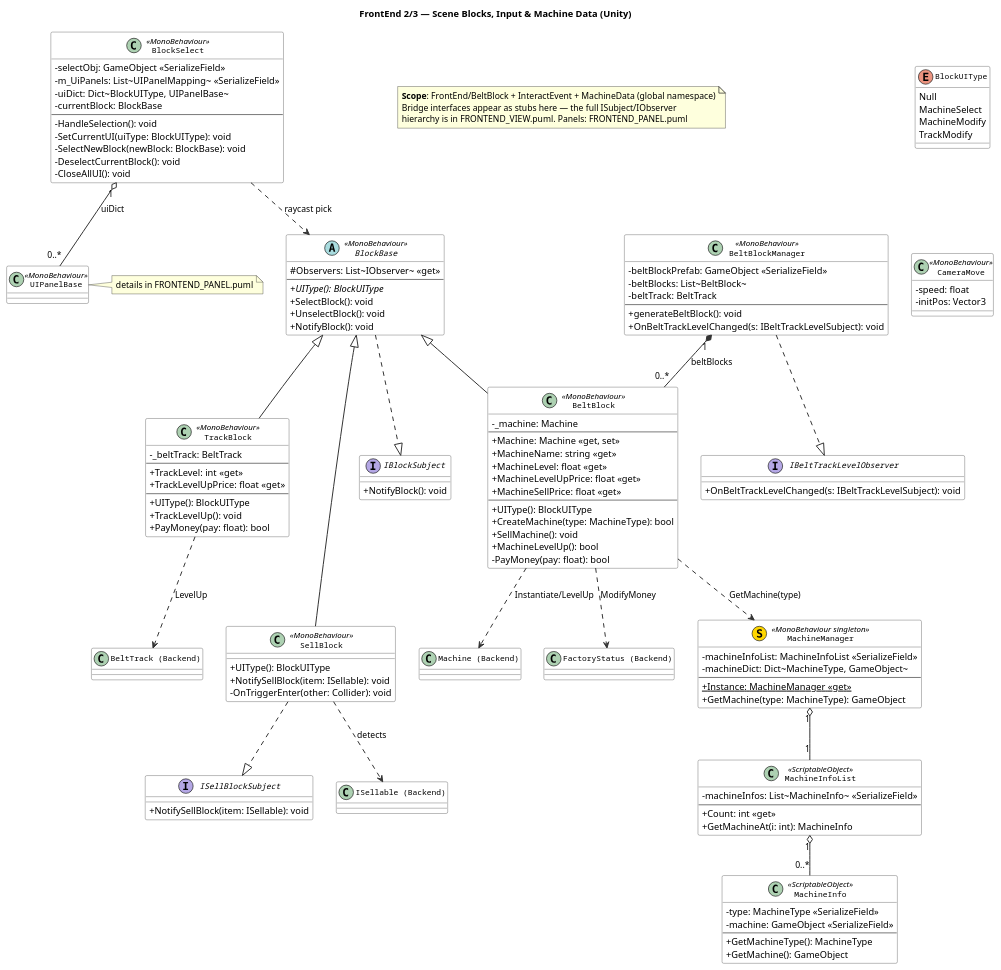
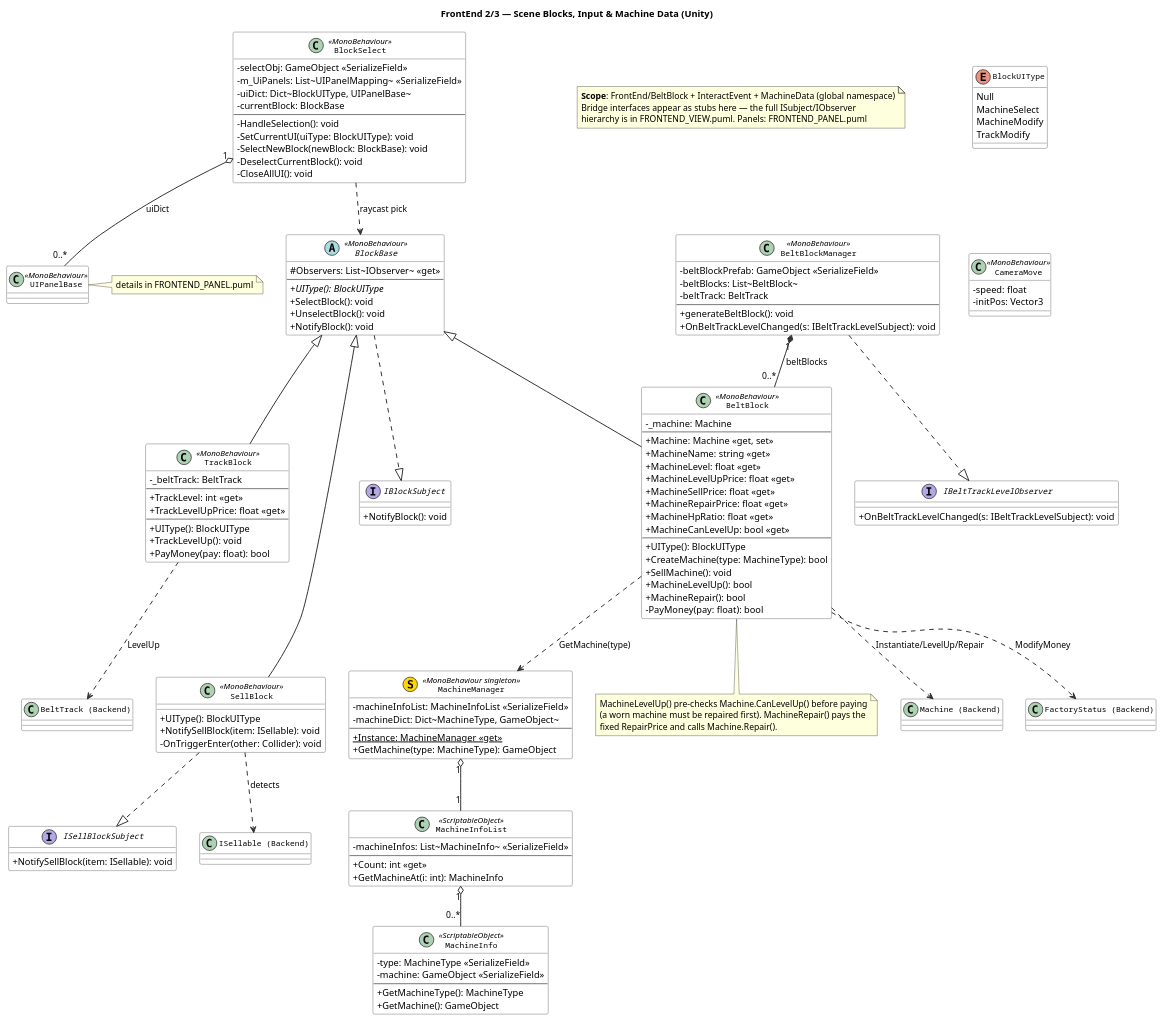
One commit to dotori235/OOPS-Project changed the diagram in Assets/Scripts/FRONTEND_BLOCK.puml. Above: the diagram before and after it, drawn with PlantUML. The commit also changed 11 other files, not shown here.

First line of the commit message:
feat(frontend): wire machine repair button and HP gauge

```diff
--- a/Assets/Scripts/FRONTEND_BLOCK.puml
+++ b/Assets/Scripts/FRONTEND_BLOCK.puml
@@ -1,176 +1,186 @@
 @startuml FRONTEND_BLOCK
 
 skinparam classAttributeIconSize 0
 skinparam classFontName Courier
 skinparam classFontSize 12
 skinparam classHeaderBackgroundColor #D8E8F0
 skinparam classBorderColor #333333
 skinparam classBackgroundColor #FFFFFF
 skinparam interfaceBackgroundColor #E8F4E8
 skinparam interfaceBorderColor #336633
 skinparam arrowColor #333333
 skinparam arrowThickness 1.5
 
 title FrontEnd 2/3 — Scene Blocks, Input & Machine Data (Unity)
 
 note as N1
   <b>Scope</b>: FrontEnd/BeltBlock + InteractEvent + MachineData (global namespace)
   Bridge interfaces appear as stubs here — the full ISubject/IObserver
   hierarchy is in FRONTEND_VIEW.puml. Panels: FRONTEND_PANEL.puml
 end note
 
 ' ══════════════════════════════════════════════
 ' Bridge interface stubs (full hierarchy: FRONTEND_VIEW.puml)
 ' ══════════════════════════════════════════════
 
 interface IBlockSubject {
   +NotifyBlock(): void
 }
 interface ISellBlockSubject {
   +NotifySellBlock(item: ISellable): void
 }
 interface IBeltTrackLevelObserver {
   +OnBeltTrackLevelChanged(s: IBeltTrackLevelSubject): void
 }
 
 ' ══════════════════════════════════════════════
 ' BLOCK system (selectable blocks in the scene)
 ' ══════════════════════════════════════════════
 
 abstract class BlockBase << MonoBehaviour >> {
   #Observers: List~IObserver~ <<get>>
   --
   +{abstract} UIType(): BlockUIType
   +SelectBlock(): void
   +UnselectBlock(): void
   +NotifyBlock(): void
 }
 
 class BeltBlock << MonoBehaviour >> {
   -_machine: Machine
   --
   +Machine: Machine <<get, set>>
   +MachineName: string <<get>>
   +MachineLevel: float <<get>>
   +MachineLevelUpPrice: float <<get>>
   +MachineSellPrice: float <<get>>
+  +MachineRepairPrice: float <<get>>
+  +MachineHpRatio: float <<get>>
+  +MachineCanLevelUp: bool <<get>>
   --
   +UIType(): BlockUIType
   +CreateMachine(type: MachineType): bool
   +SellMachine(): void
   +MachineLevelUp(): bool
+  +MachineRepair(): bool
   -PayMoney(pay: float): bool
 }
+
+note bottom of BeltBlock
+  MachineLevelUp() pre-checks Machine.CanLevelUp() before paying
+  (a worn machine must be repaired first). MachineRepair() pays the
+  fixed RepairPrice and calls Machine.Repair().
+end note
 
 class TrackBlock << MonoBehaviour >> {
   -_beltTrack: BeltTrack
   --
   +TrackLevel: int <<get>>
   +TrackLevelUpPrice: float <<get>>
   --
   +UIType(): BlockUIType
   +TrackLevelUp(): void
   +PayMoney(pay: float): bool
 }
 
 class SellBlock << MonoBehaviour >> {
   +UIType(): BlockUIType
   +NotifySellBlock(item: ISellable): void
   -OnTriggerEnter(other: Collider): void
 }
 
 class BeltBlockManager << MonoBehaviour >> {
   -beltBlockPrefab: GameObject <<SerializeField>>
   -beltBlocks: List~BeltBlock~
   -beltTrack: BeltTrack
   --
   +generateBeltBlock(): void
   +OnBeltTrackLevelChanged(s: IBeltTrackLevelSubject): void
 }
 
 BlockBase ..|> IBlockSubject
 BlockBase <|-- BeltBlock
 BlockBase <|-- TrackBlock
 BlockBase <|-- SellBlock
 SellBlock ..|> ISellBlockSubject
 BeltBlockManager ..|> IBeltTrackLevelObserver
 BeltBlockManager "1" *-- "0..*" BeltBlock : beltBlocks
-BeltBlock ..> "Machine (Backend)" : Instantiate/LevelUp
+BeltBlock ..> "Machine (Backend)" : Instantiate/LevelUp/Repair
 BeltBlock ..> "FactoryStatus (Backend)" : ModifyMoney
 TrackBlock ..> "BeltTrack (Backend)" : LevelUp
 SellBlock ..> "ISellable (Backend)" : detects
 
 ' stack siblings to limit width
 TrackBlock -[hidden]- SellBlock
 
 ' ══════════════════════════════════════════════
 ' Input / selection (InteractEvent)
 ' ══════════════════════════════════════════════
 
 enum BlockUIType {
   Null
   MachineSelect
   MachineModify
   TrackModify
 }
 
 class BlockSelect << MonoBehaviour >> {
   -selectObj: GameObject <<SerializeField>>
   -m_UiPanels: List~UIPanelMapping~ <<SerializeField>>
   -uiDict: Dict~BlockUIType, UIPanelBase~
   -currentBlock: BlockBase
   --
   -HandleSelection(): void
   -SetCurrentUI(uiType: BlockUIType): void
   -SelectNewBlock(newBlock: BlockBase): void
   -DeselectCurrentBlock(): void
   -CloseAllUI(): void
 }
 
 class CameraMove << MonoBehaviour >> {
   -speed: float
   -initPos: Vector3
 }
 
 class UIPanelBase << MonoBehaviour >>
 note right of UIPanelBase : details in FRONTEND_PANEL.puml
 
 BlockSelect ..> BlockBase : raycast pick
 BlockSelect "1" o-- "0..*" UIPanelBase : uiDict
 
 ' ══════════════════════════════════════════════
 ' MACHINE DATA (ScriptableObject)
 ' ══════════════════════════════════════════════
 
 class MachineManager << (S,#FFD700) MonoBehaviour singleton >> {
   -machineInfoList: MachineInfoList <<SerializeField>>
   -machineDict: Dict~MachineType, GameObject~
   --
   +Instance: MachineManager <<get>> {static}
   +GetMachine(type: MachineType): GameObject
 }
 
 class MachineInfoList << ScriptableObject >> {
   -machineInfos: List~MachineInfo~ <<SerializeField>>
   --
   +Count: int <<get>>
   +GetMachineAt(i: int): MachineInfo
 }
 
 class MachineInfo << ScriptableObject >> {
   -type: MachineType <<SerializeField>>
   -machine: GameObject <<SerializeField>>
   --
   +GetMachineType(): MachineType
   +GetMachine(): GameObject
 }
 
 MachineManager "1" o-- "1" MachineInfoList
 MachineInfoList "1" o-- "0..*" MachineInfo
 BeltBlock ..> MachineManager : GetMachine(type)
 
 ' anchor otherwise-disconnected nodes below the graph
 ' instead of letting them widen the layout sideways
 BlockUIType -[hidden]- CameraMove
 
 @enduml
```
